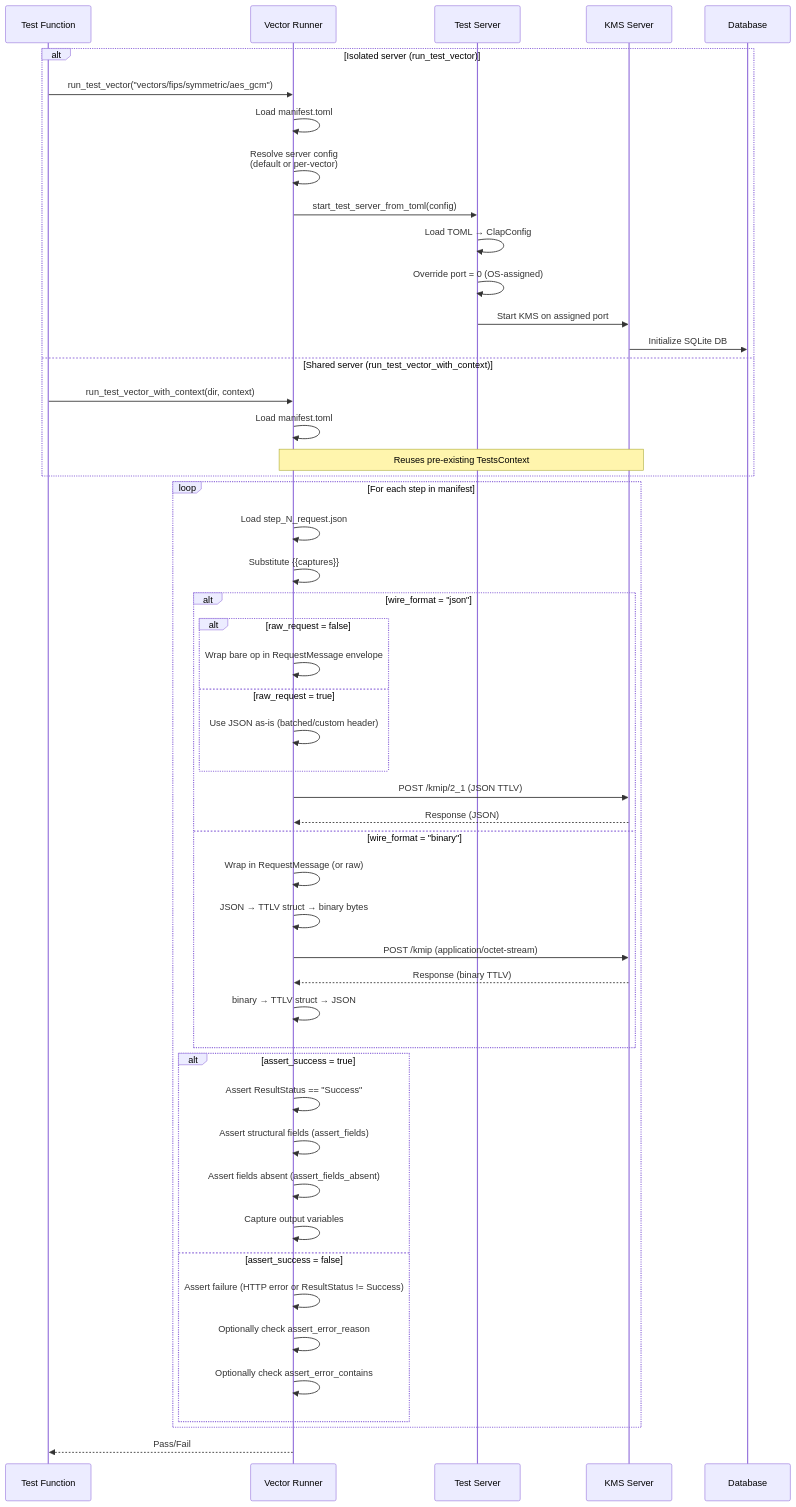
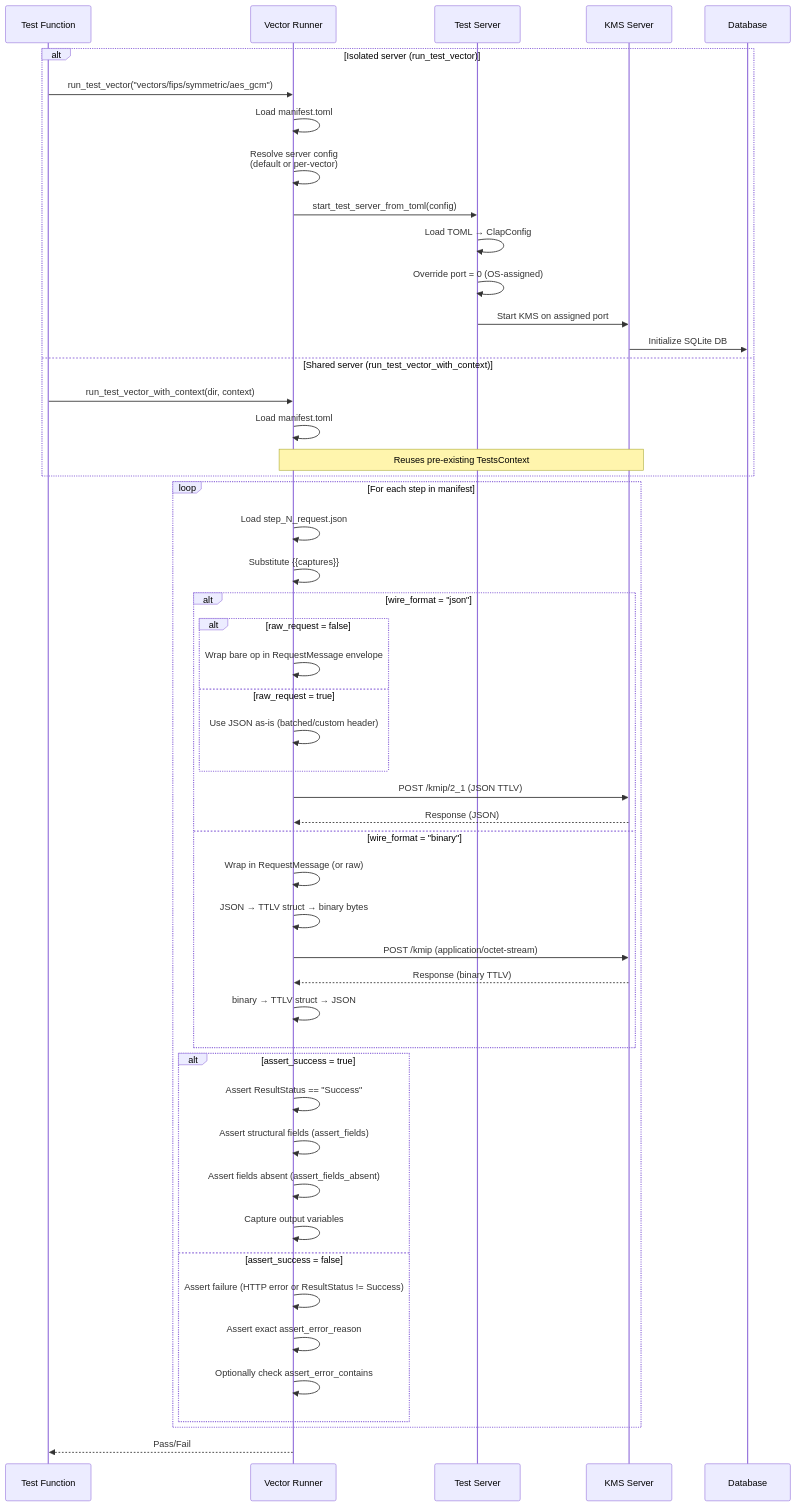
One commit to Cosmian/kms changed the second of 2 diagrams in TESTS.md. Above: the diagram before and after it, drawn with Mermaid. The commit also changed 287 other files, not shown here.

````diff
--- a/TESTS.md
+++ b/TESTS.md
@@ -57,55 +57,55 @@
 ```mermaid
 sequenceDiagram
     participant T as Test Function
     participant R as Vector Runner
     participant S as Test Server
     participant K as KMS Server
     participant D as Database
 
     alt Isolated server (run_test_vector)
         T->>R: run_test_vector("vectors/fips/symmetric/aes_gcm")
         R->>R: Load manifest.toml
         R->>R: Resolve server config<br/>(default or per-vector)
         R->>S: start_test_server_from_toml(config)
         S->>S: Load TOML → ClapConfig
         S->>S: Override port = 0 (OS-assigned)
         S->>K: Start KMS on assigned port
         K->>D: Initialize SQLite DB
     else Shared server (run_test_vector_with_context)
         T->>R: run_test_vector_with_context(dir, context)
         R->>R: Load manifest.toml
         Note over R,K: Reuses pre-existing TestsContext
     end
 
     loop For each step in manifest
         R->>R: Load step_N_request.json
         R->>R: Substitute {{captures}}
         alt wire_format = "json"
             alt raw_request = false
                 R->>R: Wrap bare op in RequestMessage envelope
             else raw_request = true
                 R->>R: Use JSON as-is (batched/custom header)
             end
             R->>K: POST /kmip/2_1 (JSON TTLV)
             K-->>R: Response (JSON)
         else wire_format = "binary"
             R->>R: Wrap in RequestMessage (or raw)
             R->>R: JSON → TTLV struct → binary bytes
             R->>K: POST /kmip (application/octet-stream)
             K-->>R: Response (binary TTLV)
             R->>R: binary → TTLV struct → JSON
         end
         alt assert_success = true
             R->>R: Assert ResultStatus == "Success"
             R->>R: Assert structural fields (assert_fields)
             R->>R: Assert fields absent (assert_fields_absent)
             R->>R: Capture output variables
         else assert_success = false
             R->>R: Assert failure (HTTP error or ResultStatus != Success)
-            R->>R: Optionally check assert_error_reason
+            R->>R: Assert exact assert_error_reason
             R->>R: Optionally check assert_error_contains
         end
     end
 
     R-->>T: Pass/Fail
 ```
````
